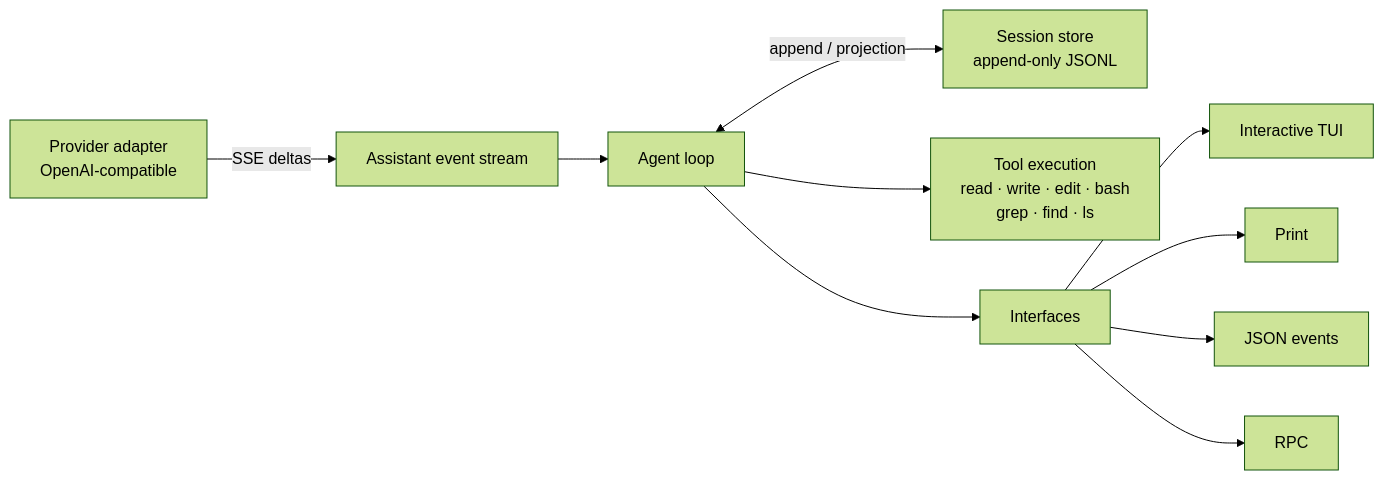
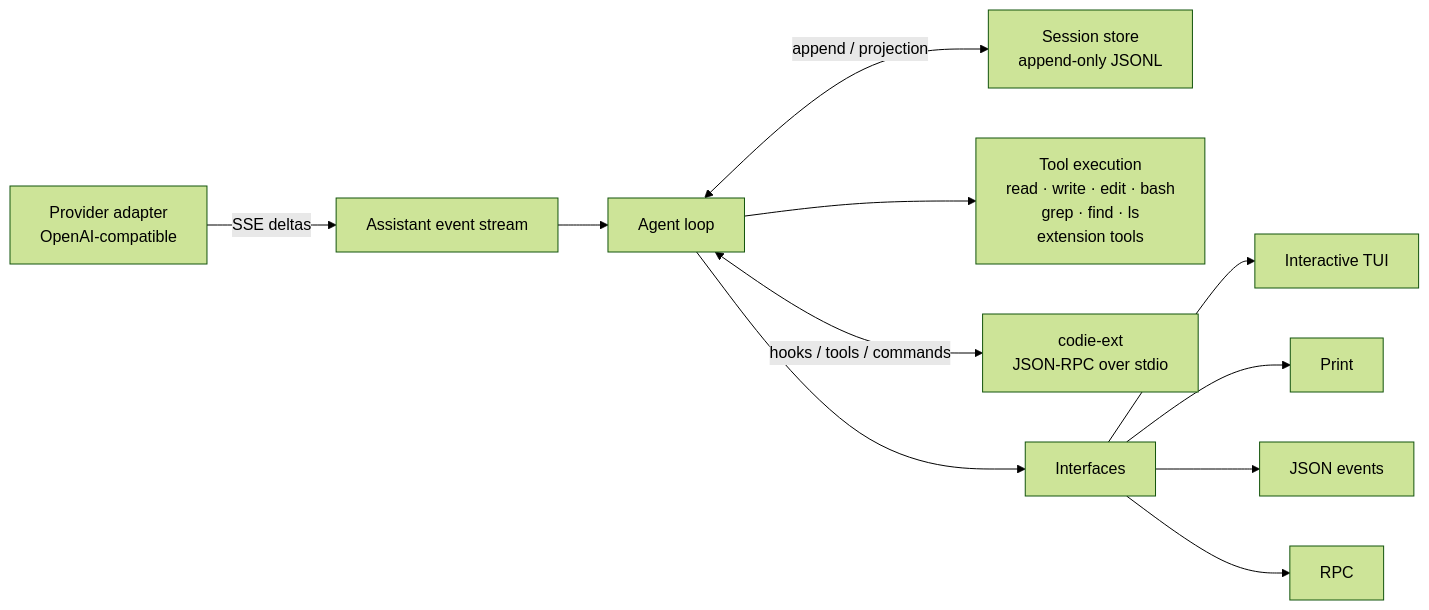
One commit to amardeepio/codie changed the first of 2 diagrams in README.md. Above: the diagram before and after it, drawn with Mermaid (forest theme). The commit also changed other lines of this file and 70 other files, not shown here.

````diff
--- a/README.md
+++ b/README.md
@@ -58,12 +60,13 @@
 ```mermaid
 flowchart LR
     P["Provider adapter<br/>OpenAI-compatible"] -->|"SSE deltas"| S["Assistant event stream"]
     S --> L["Agent loop"]
     L <-->|"append / projection"| DB["Session store<br/>append-only JSONL"]
-    L --> T["Tool execution<br/>read · write · edit · bash<br/>grep · find · ls"]
+    L --> T["Tool execution<br/>read · write · edit · bash<br/>grep · find · ls<br/>extension tools"]
+    L <-->|"hooks / tools / commands"| X["codie-ext<br/>JSON-RPC over stdio"]
     L --> M["Interfaces"]
     M --> I["Interactive TUI"]
     M --> P1["Print"]
     M --> J["JSON events"]
     M --> R["RPC"]
 ```
````
